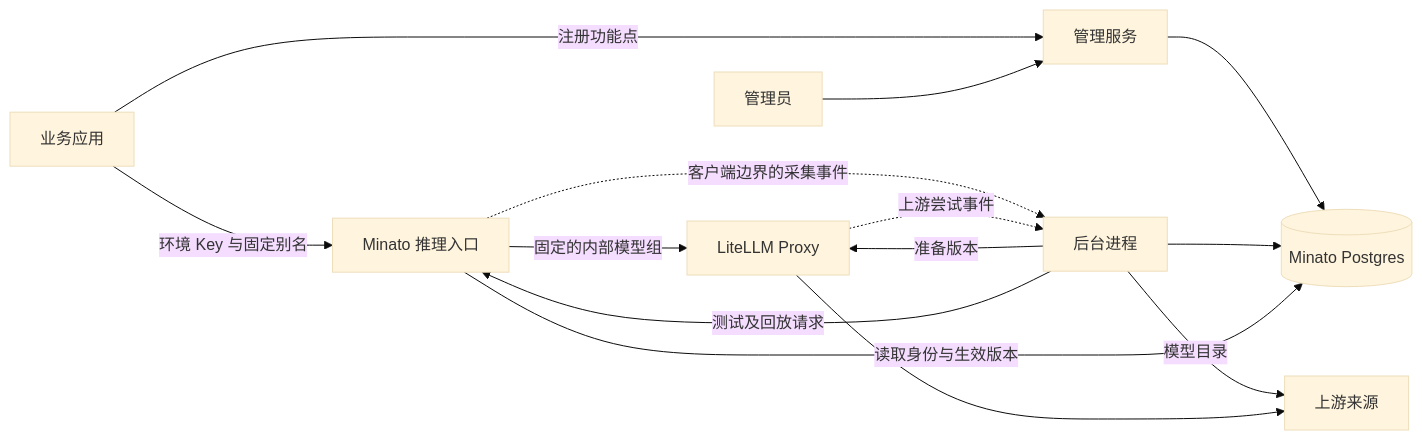
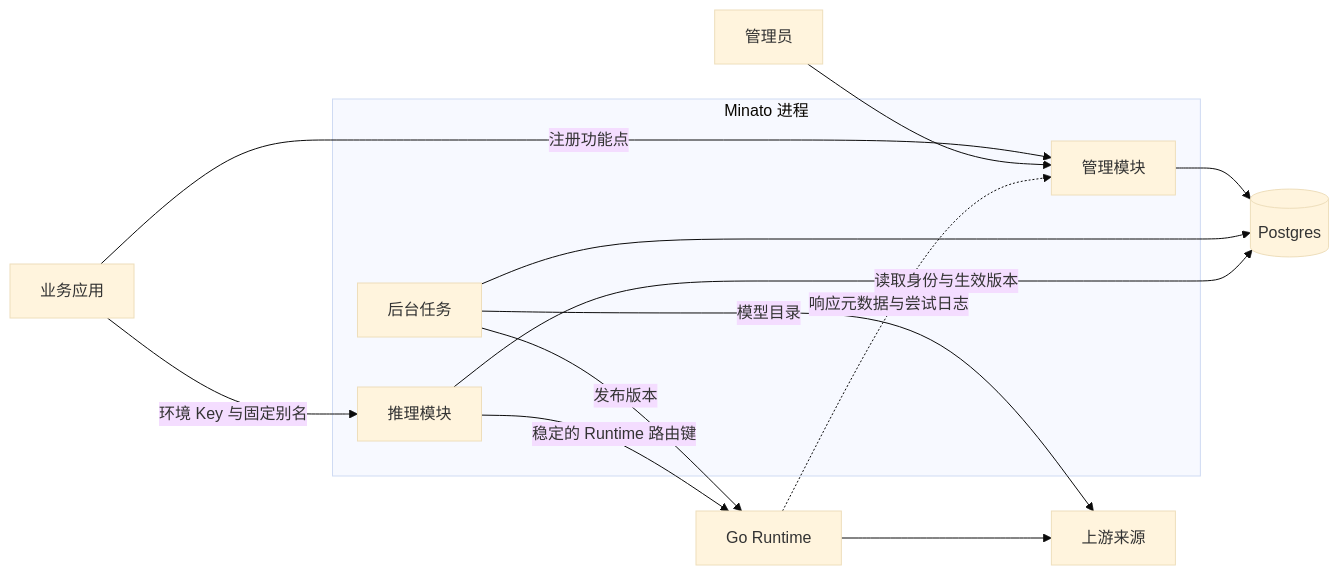
Before and after one commit to rquanx/minato: the diagram in docs/implementation/index.md, drawn with Mermaid (base theme). The commit also changed other lines of this file and 8 other files, not shown here.

````diff
--- a/docs/implementation/index.md
+++ b/docs/implementation/index.md
@@ -26,16 +25,19 @@
 ```mermaid
 flowchart LR
-    App[业务应用] -->|环境 Key 与固定别名| Edge[Minato 推理入口]
-    App -->|注册功能点| Management[管理服务]
+    App[业务应用] -->|环境 Key 与固定别名| Edge[推理模块]
+    App -->|注册功能点| Management[管理模块]
     Operator[管理员] --> Management
-    Management --> DB[(Minato Postgres)]
-    Worker[后台进程] --> DB
+    subgraph Minato[Minato 进程]
+      Edge
+      Management
+      Worker[后台任务]
+    end
+    Management --> DB[(Postgres)]
+    Worker --> DB
     Worker -->|模型目录| Sources[上游来源]
-    Worker -->|准备版本| Proxy[LiteLLM Proxy]
+    Worker -->|发布版本| Proxy[Go Runtime]
     Edge -->|读取身份与生效版本| DB
-    Edge -->|固定的内部模型组| Proxy
+    Edge -->|稳定的 Runtime 路由键| Proxy
     Proxy --> Sources
-    Edge -.->|客户端边界的采集事件| Worker
-    Proxy -.->|上游尝试事件| Worker
-    Worker -->|测试及回放请求| Edge
+    Proxy -.->|响应元数据与尝试日志| Management
 ```
````
